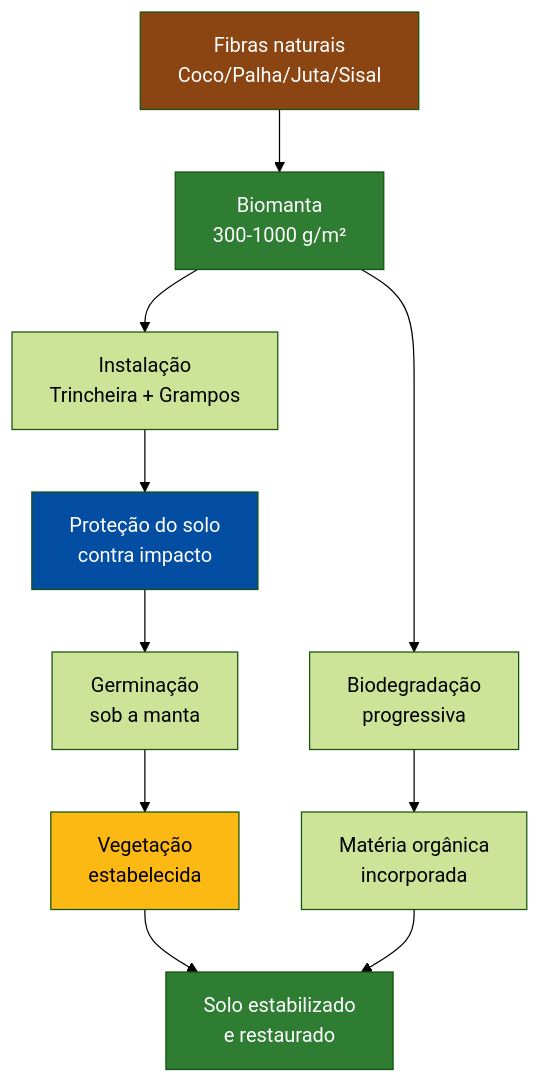
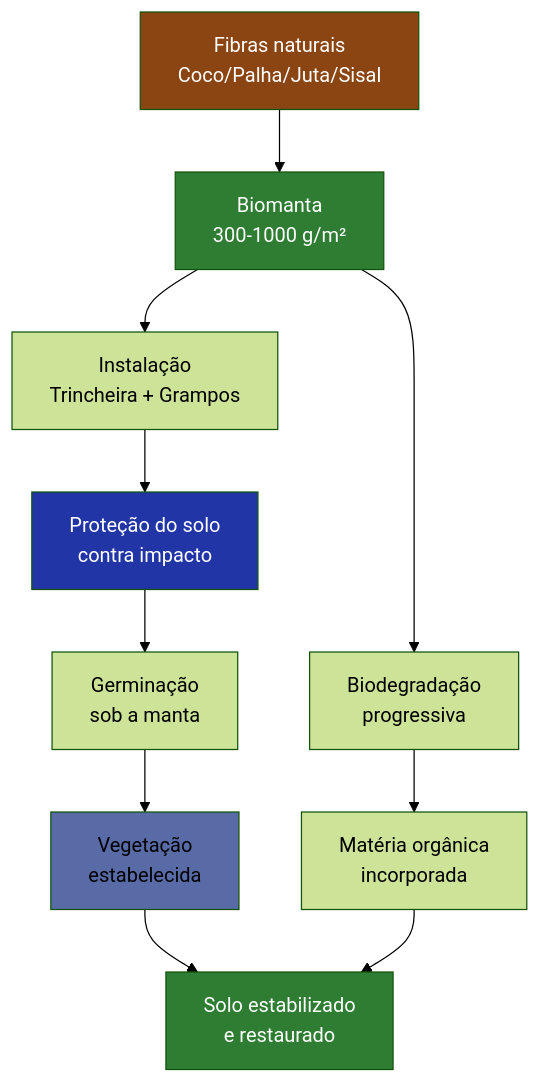
One commit to ldvsantos/cv changed the seventh of 7 diagrams in aulas/bioengenharia_de_solos/aulas/biomantas/biomantas.qmd. Above: the diagram before and after it, drawn with Mermaid (forest theme). The commit also changed other lines of this file and 466 other files, not shown here.

````diff
--- a/aulas/bioengenharia_de_solos/aulas/biomantas/biomantas.qmd
+++ b/aulas/bioengenharia_de_solos/aulas/biomantas/biomantas.qmd
@@ -591,18 +589,18 @@
 ```{mermaid}
 %%| fig-width: 5
 graph TD
     A["Fibras naturais<br>Coco/Palha/Juta/Sisal"] --> B["Biomanta<br>300-1000 g/m²"]
     B --> C["Instalação<br>Trincheira + Grampos"]
     C --> D["Proteção do solo<br>contra impacto"]
     D --> E["Germinação<br>sob a manta"]
     E --> F["Vegetação<br>estabelecida"]
     B --> G["Biodegradação<br>progressiva"]
     G --> H["Matéria orgânica<br>incorporada"]
     F --> I["Solo estabilizado<br>e restaurado"]
     H --> I
     style A fill:#8B4513,color:#fff
     style B fill:#2E7D32,color:#fff
-    style D fill:#034EA2,color:#fff
-    style F fill:#FDB913,color:#000
+    style D fill:#2135A6,color:#fff
+    style F fill:#586BA6,color:#000
     style I fill:#2E7D32,color:#fff
 ```
````
